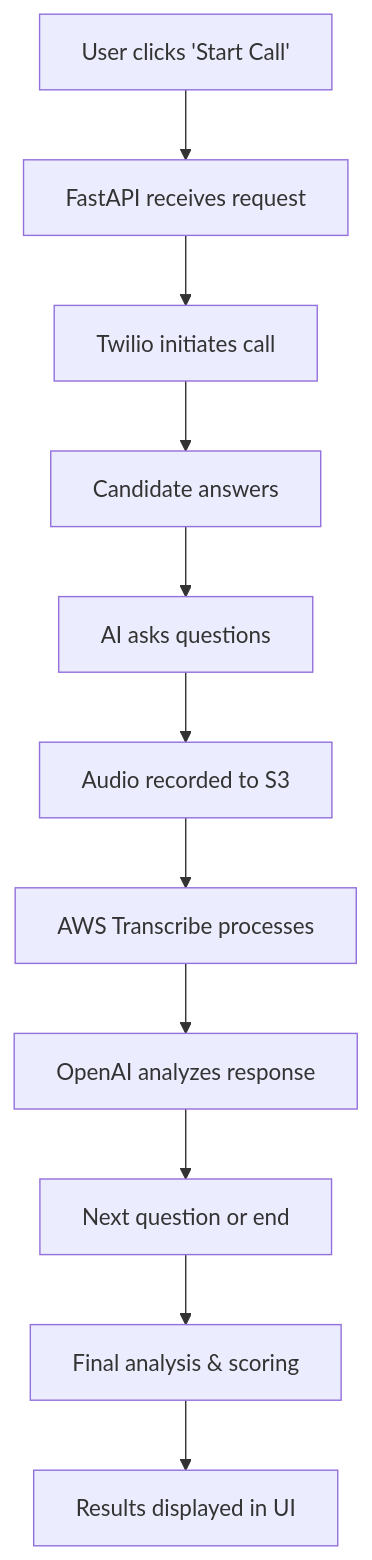
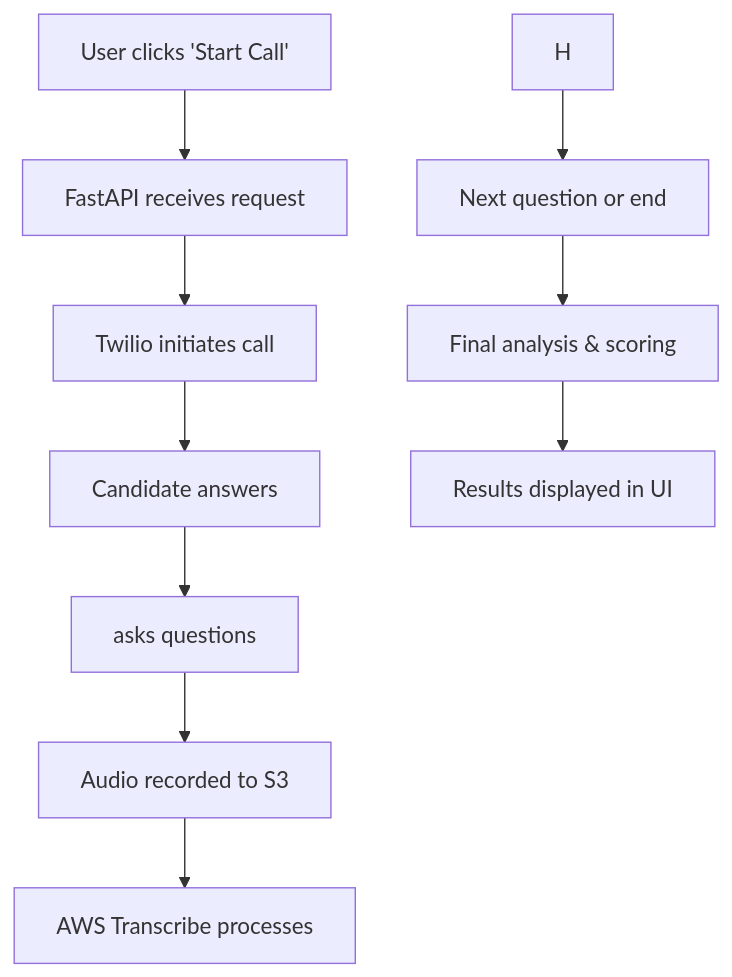
The first of 2 diagrams in README.md (ranjan2829/AI-Calling-Agent), drawn with Mermaid before and after one commit. The commit also changed other lines of this file, not shown here.

````diff
--- a/README.md
+++ b/README.md
@@ -440,13 +423,12 @@
 ```mermaid
 graph TD
     A[User clicks 'Start Call'] --> B[FastAPI receives request]
     B --> C[Twilio initiates call]
     C --> D[Candidate answers]
-    D --> E[AI asks questions]
+    D --> E[asks questions]
     E --> F[Audio recorded to S3]
     F --> G[AWS Transcribe processes]
-    G --> H[OpenAI analyzes response]
     H --> I[Next question or end]
     I --> J[Final analysis & scoring]
     J --> K[Results displayed in UI]
 ```
````
